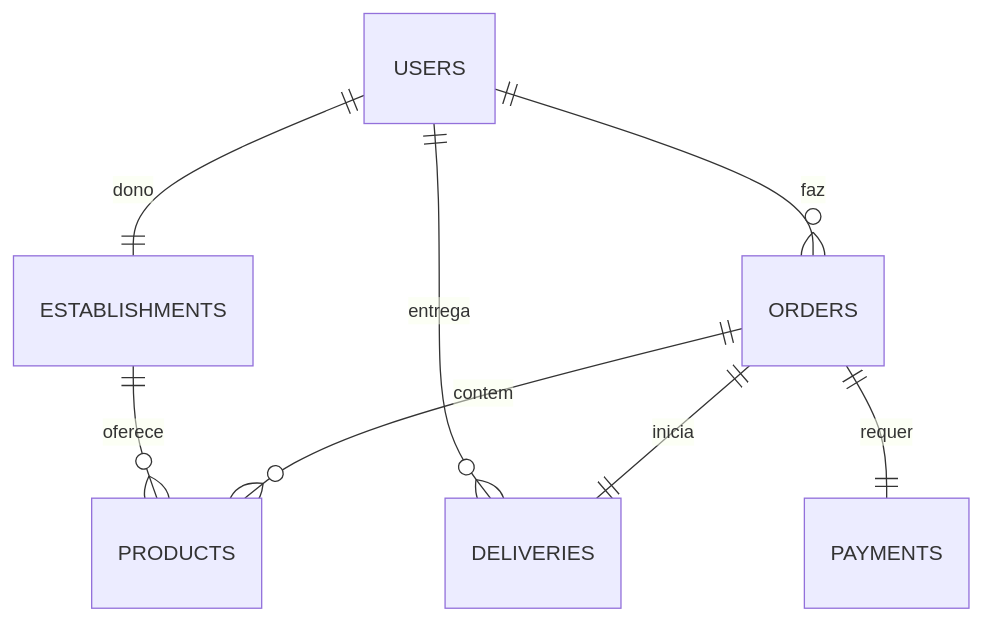
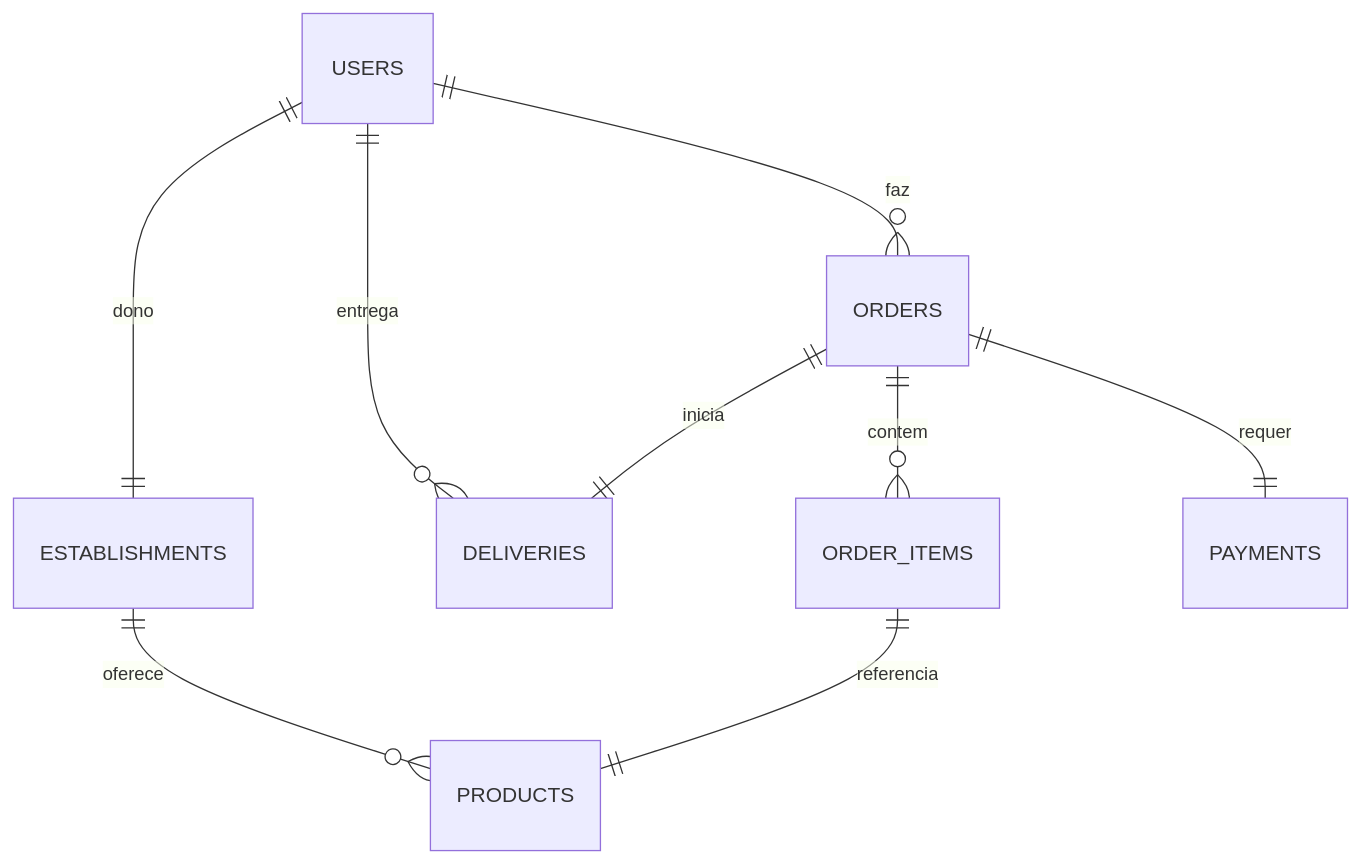
One commit to DessimA/delivery_system changed the second of 2 diagrams in docs/pt-br/ARQUITETURA.md. Above: the diagram before and after it, drawn with Mermaid. The commit also changed other lines of this file and 21 other files, not shown here.

````diff
--- a/docs/pt-br/ARQUITETURA.md
+++ b/docs/pt-br/ARQUITETURA.md
@@ -59,10 +70,11 @@
 ```mermaid
 erDiagram
     USERS ||--|| ESTABLISHMENTS : dono
     USERS ||--o{ ORDERS : faz
     USERS ||--o{ DELIVERIES : entrega
     ESTABLISHMENTS ||--o{ PRODUCTS : oferece
-    ORDERS ||--o{ PRODUCTS : contem
+    ORDERS ||--o{ ORDER_ITEMS : contem
+    ORDER_ITEMS ||--|| PRODUCTS : referencia
     ORDERS ||--|| DELIVERIES : inicia
     ORDERS ||--|| PAYMENTS : requer
 ```
````
